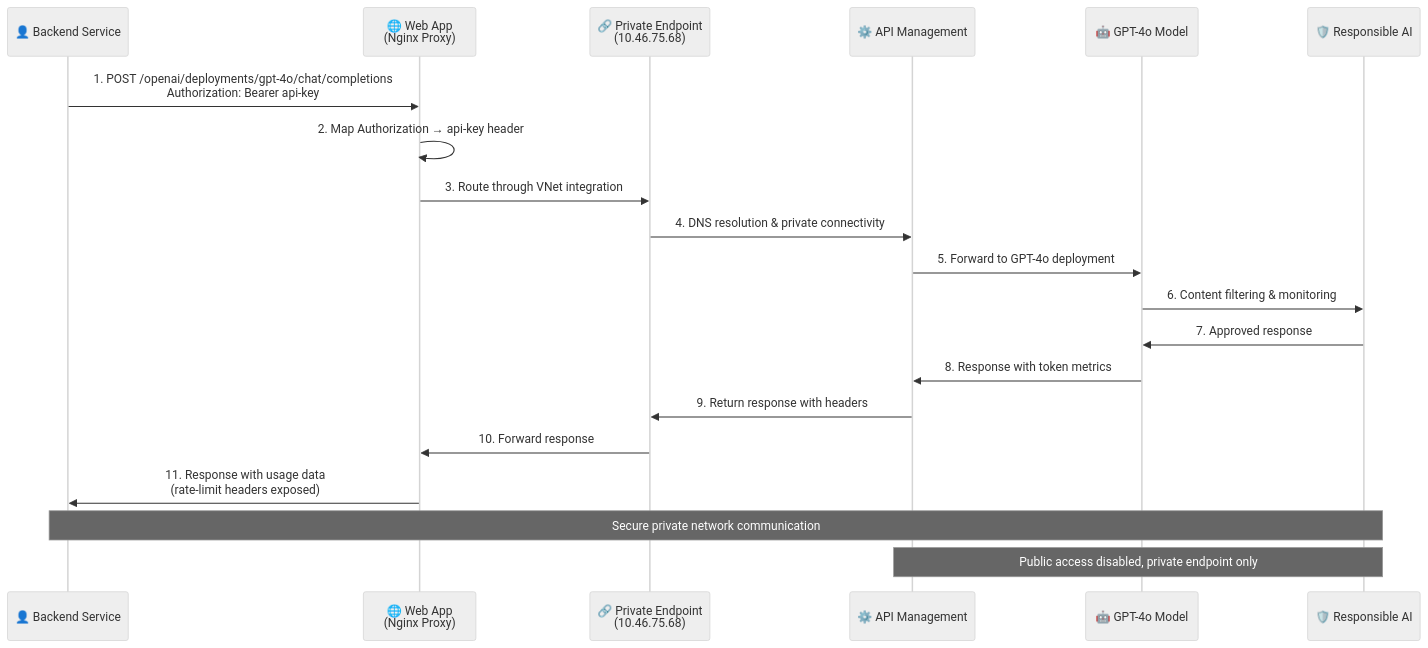
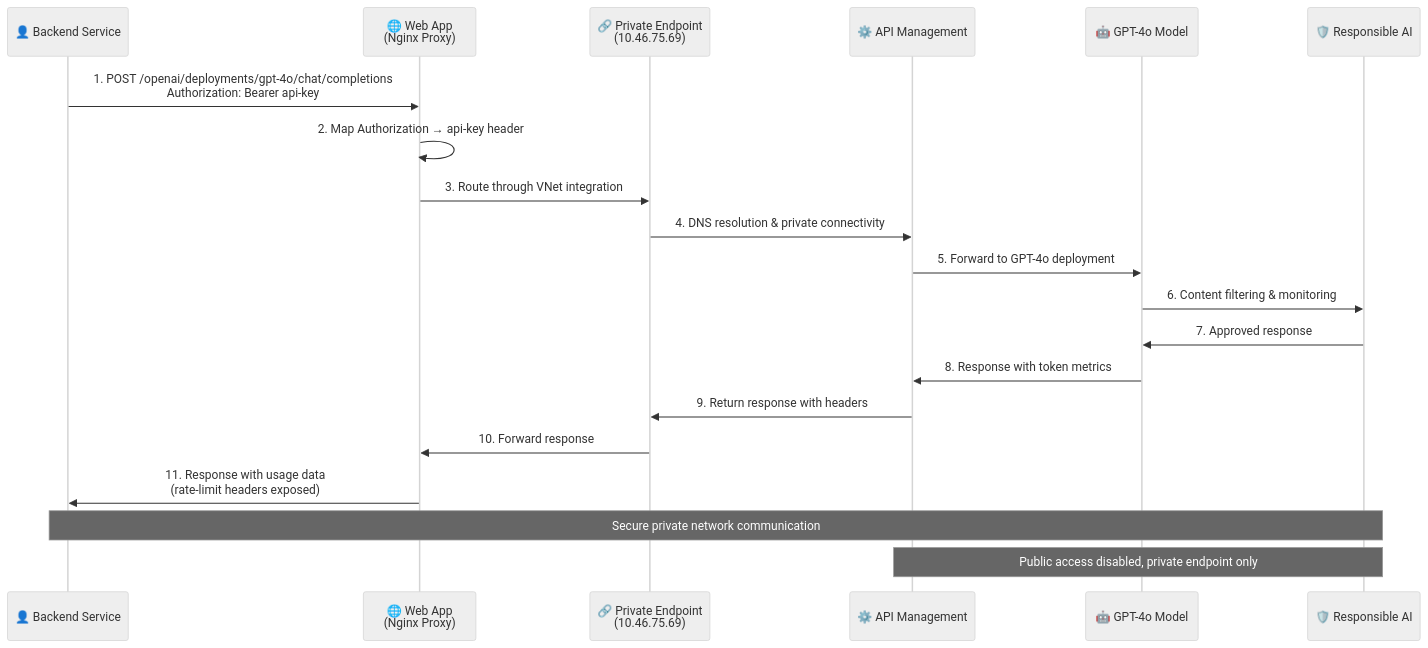
Before and after one commit to bcgov/RECAP: the second of 3 diagrams in RECAP-Architecture-Diagram.md, drawn with Mermaid (neutral theme). The commit also changed other lines of this file and 5 other files, not shown here.

````diff
--- a/RECAP-Architecture-Diagram.md
+++ b/RECAP-Architecture-Diagram.md
@@ -92,24 +93,24 @@
 ```mermaid
 sequenceDiagram
     participant U as 👤 Backend Service
     participant W as 🌐 Web App<br/>(Nginx Proxy)
-    participant P as 🔗 Private Endpoint<br/>(10.46.75.68)
+    participant P as 🔗 Private Endpoint<br/>(10.46.75.69)
     participant A as ⚙️ API Management
     participant G as 🤖 GPT-4o Model
     participant R as 🛡️ Responsible AI
     
     U->>W: 1. POST /openai/deployments/gpt-4o/chat/completions<br/>Authorization: Bearer api-key
     W->>W: 2. Map Authorization → api-key header
     W->>P: 3. Route through VNet integration
     P->>A: 4. DNS resolution & private connectivity
     A->>G: 5. Forward to GPT-4o deployment
     G->>R: 6. Content filtering & monitoring
     R->>G: 7. Approved response
     G->>A: 8. Response with token metrics
     A->>P: 9. Return response with headers
     P->>W: 10. Forward response
     W->>U: 11. Response with usage data<br/>(rate-limit headers exposed)
     
     Note over U,R: Secure private network communication
     Note over A,R: Public access disabled, private endpoint only
 ```
````
